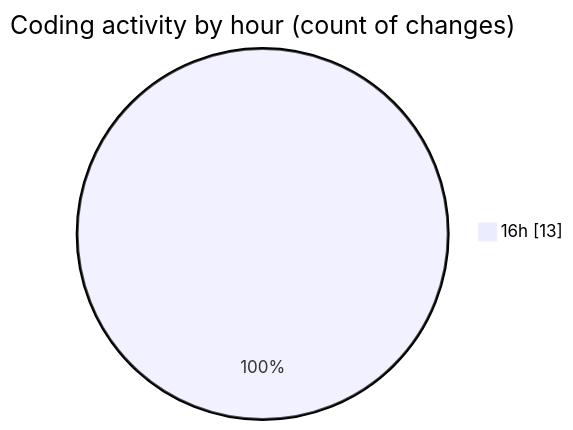
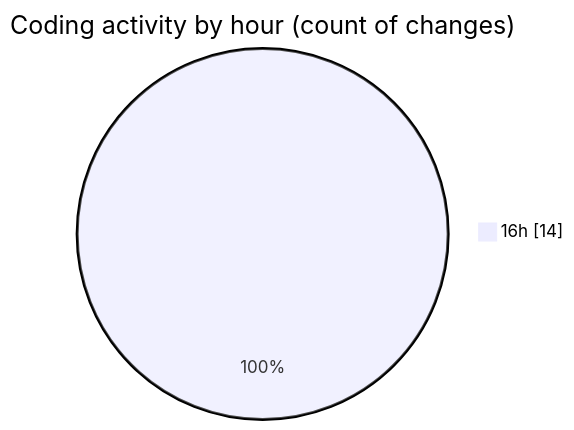
The second of 2 diagrams in 2025-02-27/konsole/README.md (charlie-sans/code-tracking), drawn with Mermaid before and after one commit. The commit also changed other lines of this file and 1 other file, not shown here.

````diff
--- a/2025-02-27/konsole/README.md
+++ b/2025-02-27/konsole/README.md
@@ -36,5 +36,5 @@
 ```mermaid
 pie showData
 title Coding activity by hour (count of changes)
-"16h" : 13
+"16h" : 14
 ```
````
